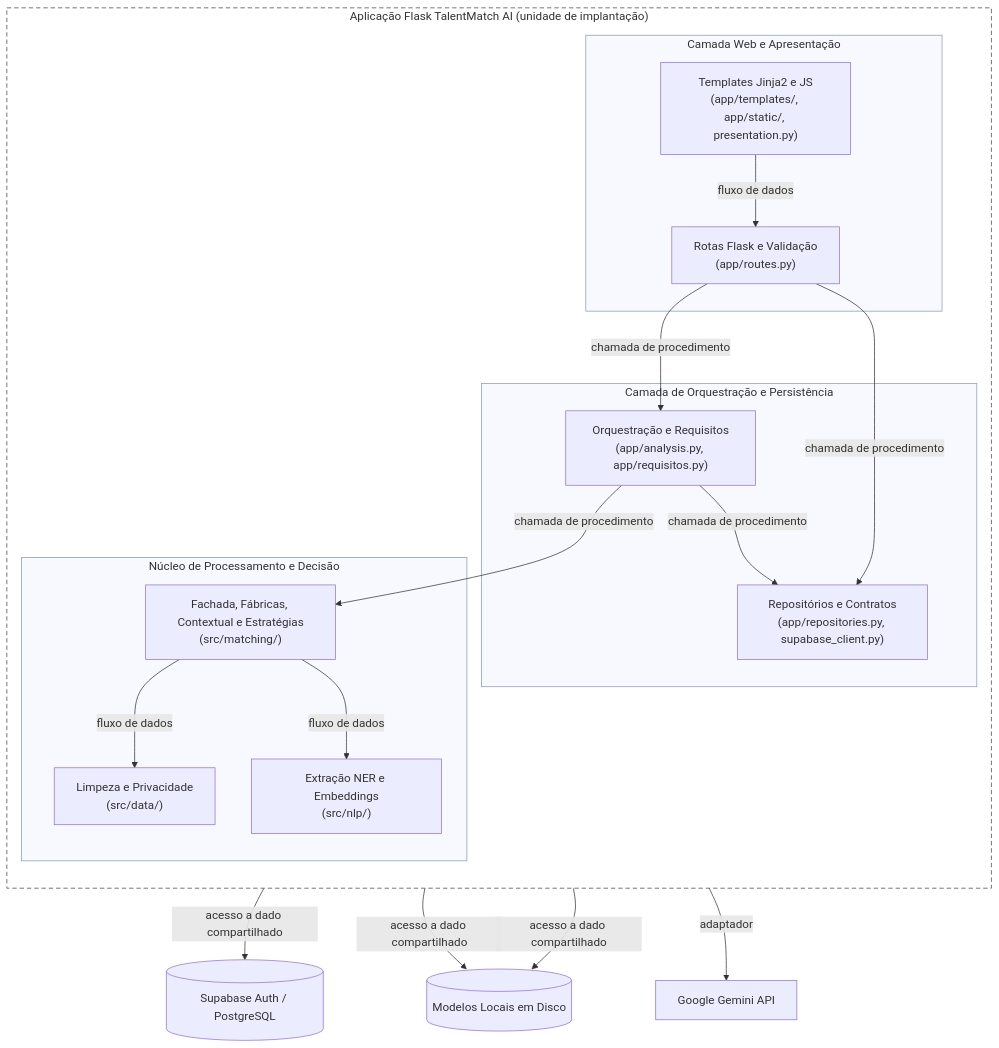
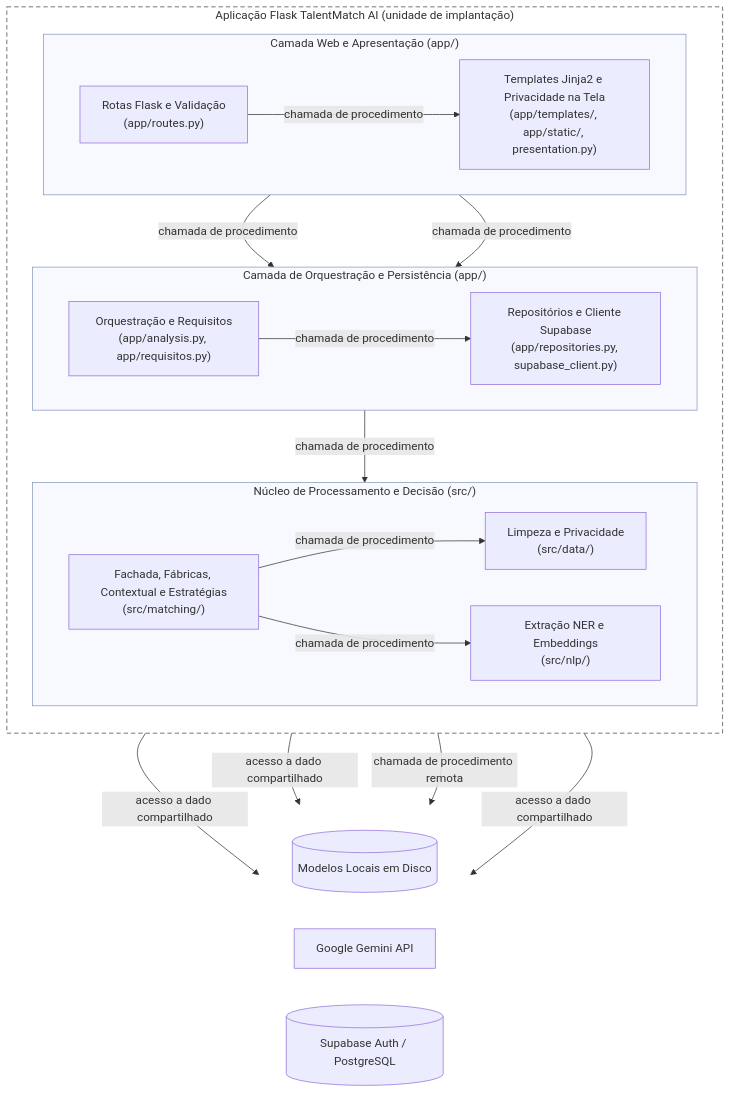
Before and after one commit to Makezuko/SI-PI6-2026-T101-G04: the diagram in diagrams/organizacao-interna.mmd, drawn with Mermaid. The commit also changed 7 other files, not shown here.

Commit message:
docs(arquitetura): corrige C4 nível 2, diagramas GoF e conectores conforme revisão

```diff
--- a/diagrams/organizacao-interna.mmd
+++ b/diagrams/organizacao-interna.mmd
@@ -1,40 +1,47 @@
 flowchart TB
     subgraph unidade["Aplicação Flask TalentMatch AI (unidade de implantação)"]
         direction TB
-        subgraph borda["Camada Web e Apresentação"]
-            templates["Templates Jinja2 e JS<br/>(app/templates/, app/static/, presentation.py)"]
+        subgraph borda["Camada Web e Apresentação (app/)"]
+            direction LR
             rotas["Rotas Flask e Validação<br/>(app/routes.py)"]
+            templates["Templates Jinja2 e Privacidade na Tela<br/>(app/templates/, app/static/, presentation.py)"]
         end
 
-        subgraph aplicacao["Camada de Orquestração e Persistência"]
-            repo["Repositórios e Contratos<br/>(app/repositories.py, supabase_client.py)"]
+        subgraph aplicacao["Camada de Orquestração e Persistência (app/)"]
+            direction LR
             orq["Orquestração e Requisitos<br/>(app/analysis.py, app/requisitos.py)"]
+            repo["Repositórios e Cliente Supabase<br/>(app/repositories.py, supabase_client.py)"]
         end
 
-        subgraph nucleo["Núcleo de Processamento e Decisão"]
-            matching["Fachada, Fábricas, Contextual e Estratégias<br/>(src/matching/)"]
+        subgraph nucleo["Núcleo de Processamento e Decisão (src/)"]
+            direction LR
             dados["Limpeza e Privacidade<br/>(src/data/)"]
             nlp["Extração NER e Embeddings<br/>(src/nlp/)"]
+            matching["Fachada, Fábricas, Contextual e Estratégias<br/>(src/matching/)"]
         end
     end
 
-    db[("Supabase Auth / PostgreSQL")]
-    pesos[("Modelos Locais em Disco")]
-    api["Google Gemini API"]
+    subgraph externos[" "]
+        direction LR
+        pesos[("Modelos Locais em Disco")]
+        api["Google Gemini API"]
+        db[("Supabase Auth / PostgreSQL")]
+    end
 
-    templates -->|"fluxo de dados"| rotas
+    rotas -->|"chamada de procedimento"| templates
+    rotas -->|"chamada de procedimento"| orq
     rotas -->|"chamada de procedimento"| repo
-    rotas -->|"chamada de procedimento"| orq
     orq -->|"chamada de procedimento"| repo
     orq -->|"chamada de procedimento"| matching
-    matching -->|"fluxo de dados"| dados
-    matching -->|"fluxo de dados"| nlp
-    repo -->|"acesso a dado compartilhado"| db
+    matching -->|"chamada de procedimento"| dados
+    matching -->|"chamada de procedimento"| nlp
     nlp -->|"acesso a dado compartilhado"| pesos
     matching -->|"acesso a dado compartilhado"| pesos
-    matching -->|"adaptador"| api
+    matching -->|"chamada de procedimento remota"| api
+    repo -->|"acesso a dado compartilhado"| db
 
     style unidade fill:#ffffff,stroke:#444444,stroke-dasharray: 6 4
     style borda fill:#f8f9ff,stroke:#8899bb
     style aplicacao fill:#f8f9ff,stroke:#8899bb
     style nucleo fill:#f8f9ff,stroke:#8899bb
+    style externos fill:none,stroke:none
```
